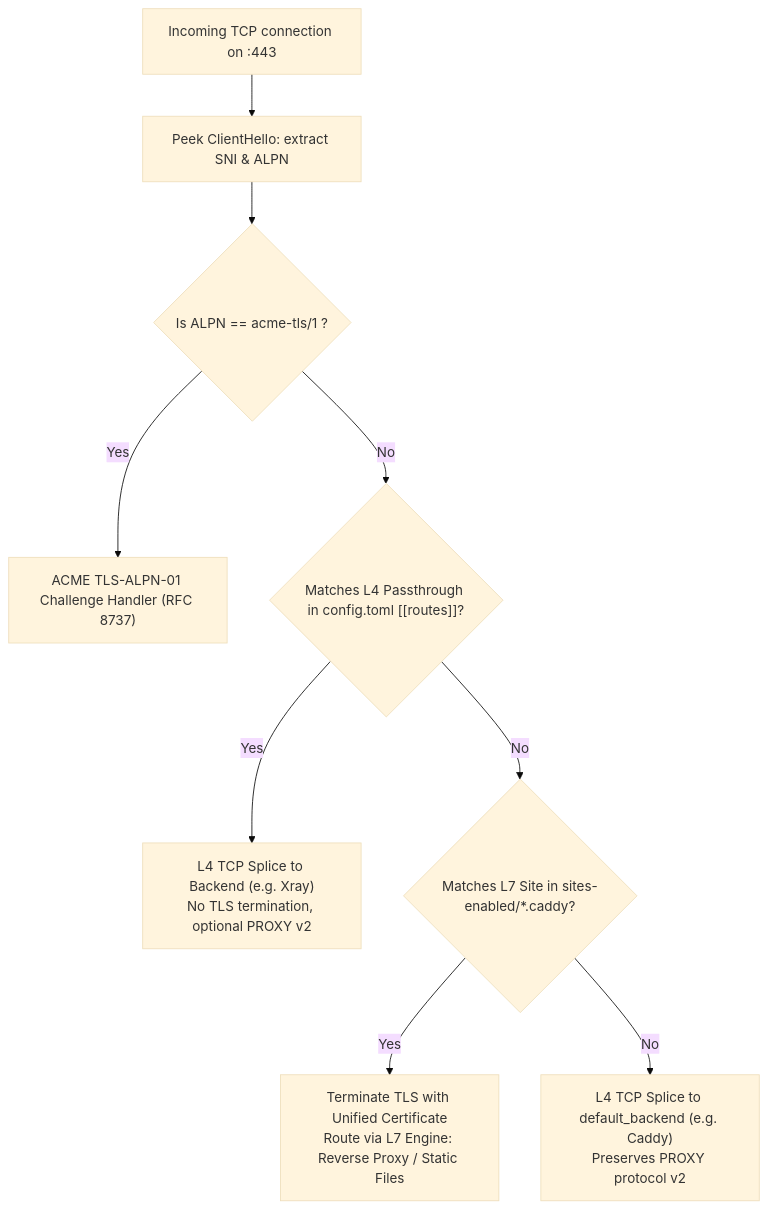
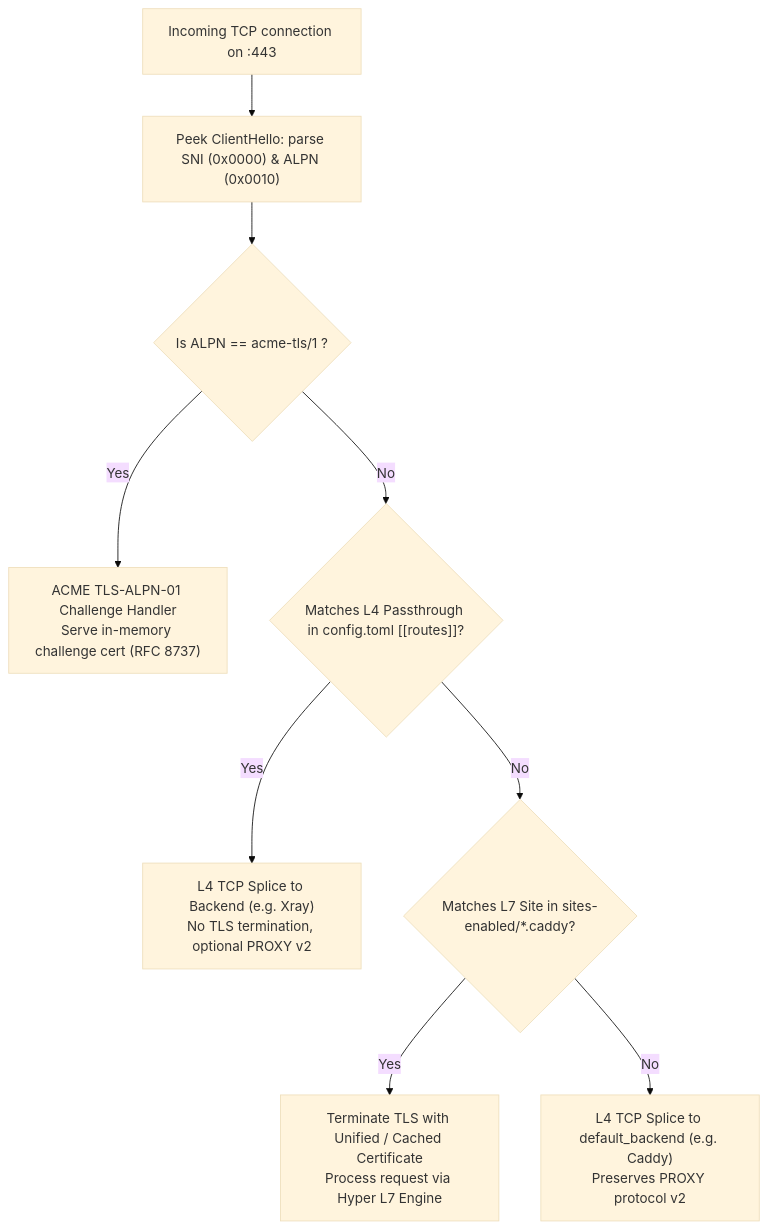
One commit to Nielkro/VaneProxy changed the diagram in plan/06-reverse-proxy-auto-ssl.md. Above: the diagram before and after it, drawn with Mermaid (base theme). The commit also changed other lines of this file and 2 other files, not shown here.

Commit message:
docs(plan): refine phase 2 reverse proxy and auto-ssl architecture plan

````diff
--- a/plan/06-reverse-proxy-auto-ssl.md
+++ b/plan/06-reverse-proxy-auto-ssl.md
@@ -20,11 +21,11 @@
 ```mermaid
 flowchart TD
-    A["Incoming TCP connection on :443"] --> B["Peek ClientHello: extract SNI & ALPN"]
+    A["Incoming TCP connection on :443"] --> B["Peek ClientHello: parse SNI (0x0000) & ALPN (0x0010)"]
     B --> C{"Is ALPN == acme-tls/1 ?"}
-    C -- Yes --> D["ACME TLS-ALPN-01 Challenge Handler (RFC 8737)"]
+    C -- Yes --> D["ACME TLS-ALPN-01 Challenge Handler<br/>Serve in-memory challenge cert (RFC 8737)"]
     C -- No --> E{"Matches L4 Passthrough in config.toml [[routes]]?"}
     E -- Yes --> F["L4 TCP Splice to Backend (e.g. Xray)<br/>No TLS termination, optional PROXY v2"]
     E -- No --> G{"Matches L7 Site in sites-enabled/*.caddy?"}
-    G -- Yes --> H["Terminate TLS with Unified Certificate<br/>Route via L7 Engine: Reverse Proxy / Static Files"]
+    G -- Yes --> H["Terminate TLS with Unified / Cached Certificate<br/>Process request via Hyper L7 Engine"]
     G -- No --> I["L4 TCP Splice to default_backend (e.g. Caddy)<br/>Preserves PROXY protocol v2"]
 ```
````
